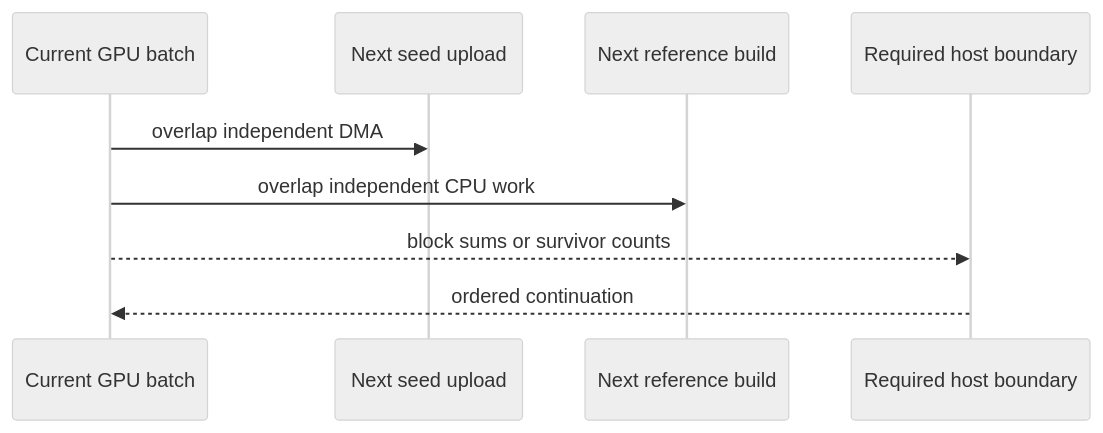
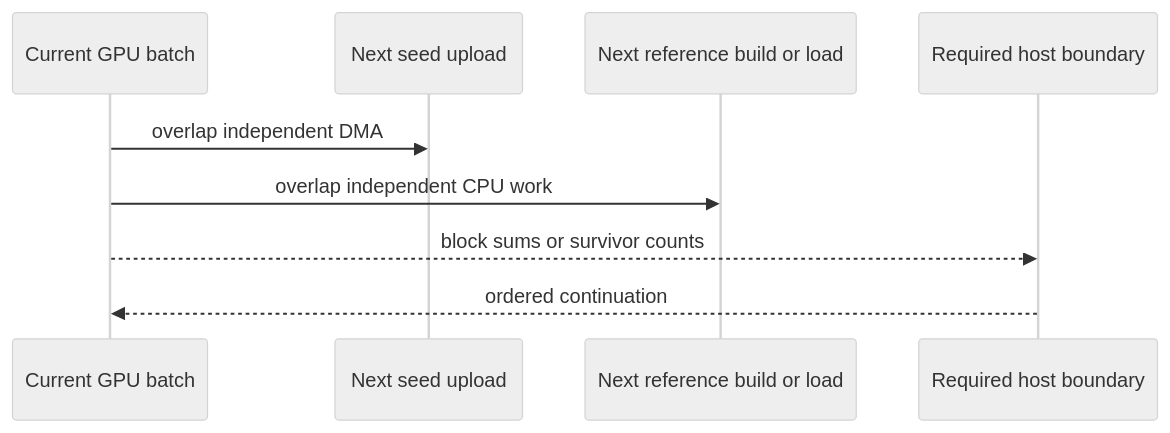
The fourth of 5 diagrams in docs/src/journeys/execution.md (hillerlab/hspZ), drawn with Mermaid (neutral theme) before and after one commit. The commit also changed other lines of this file and 33 other files, not shown here.

````diff
--- a/docs/src/journeys/execution.md
+++ b/docs/src/journeys/execution.md
@@ -71,11 +73,11 @@
 ```mermaid
 sequenceDiagram
     participant C as Current GPU batch
     participant S as Next seed upload
-    participant R as Next reference build
+    participant R as Next reference build or load
     participant H as Required host boundary
     C->>S: overlap independent DMA
     C->>R: overlap independent CPU work
     C-->>H: block sums or survivor counts
     H-->>C: ordered continuation
 ```
````
